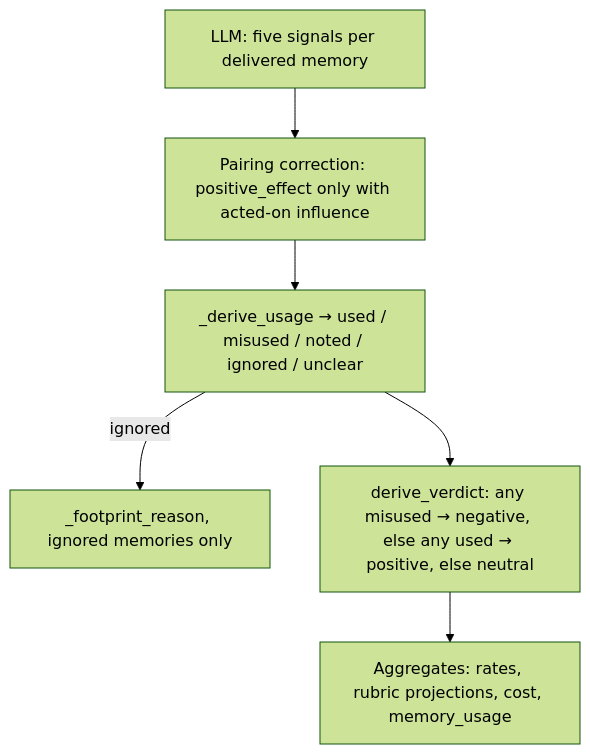
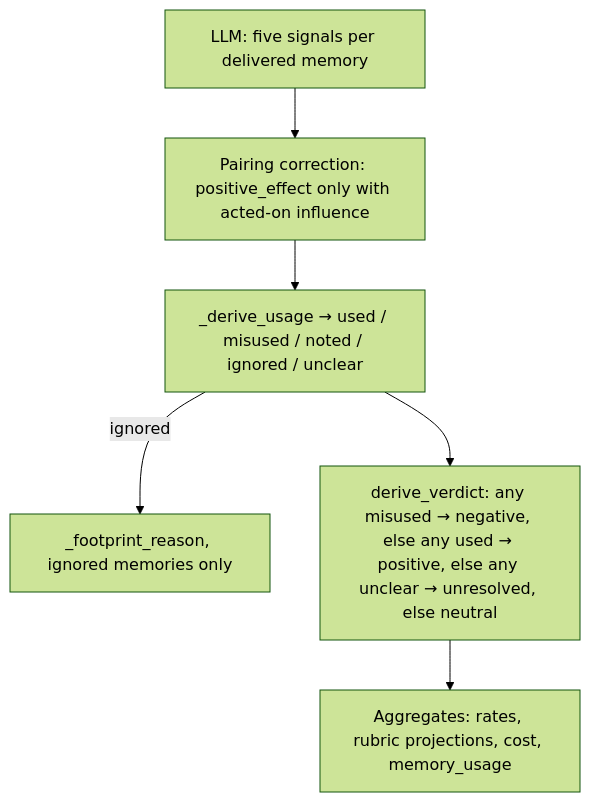
One commit to ChangranXU/mem-use changed the diagram in doc/en/verdict-derivation.md. Above: the diagram before and after it, drawn with Mermaid (forest theme). The commit also changed other lines of this file and 45 other files, not shown here.

First line of the commit message:
feat: add unresolved verdict and --episode filtering

````diff
--- a/doc/en/verdict-derivation.md
+++ b/doc/en/verdict-derivation.md
@@ -14,12 +14,12 @@
 ```mermaid
 flowchart TD
     llm["LLM: five signals per delivered memory"]
     pair["Pairing correction: positive_effect only with acted-on influence"]
     usage["_derive_usage → used / misused / noted / ignored / unclear"]
     reason["_footprint_reason, ignored memories only"]
-    verdict["derive_verdict: any misused → negative, else any used → positive, else neutral"]
+    verdict["derive_verdict: any misused → negative, else any used → positive, else any unclear → unresolved, else neutral"]
     agg["Aggregates: rates, rubric projections, cost, memory_usage"]
     llm --> pair --> usage
     usage -->|ignored| reason
     usage --> verdict --> agg
 ```
````
